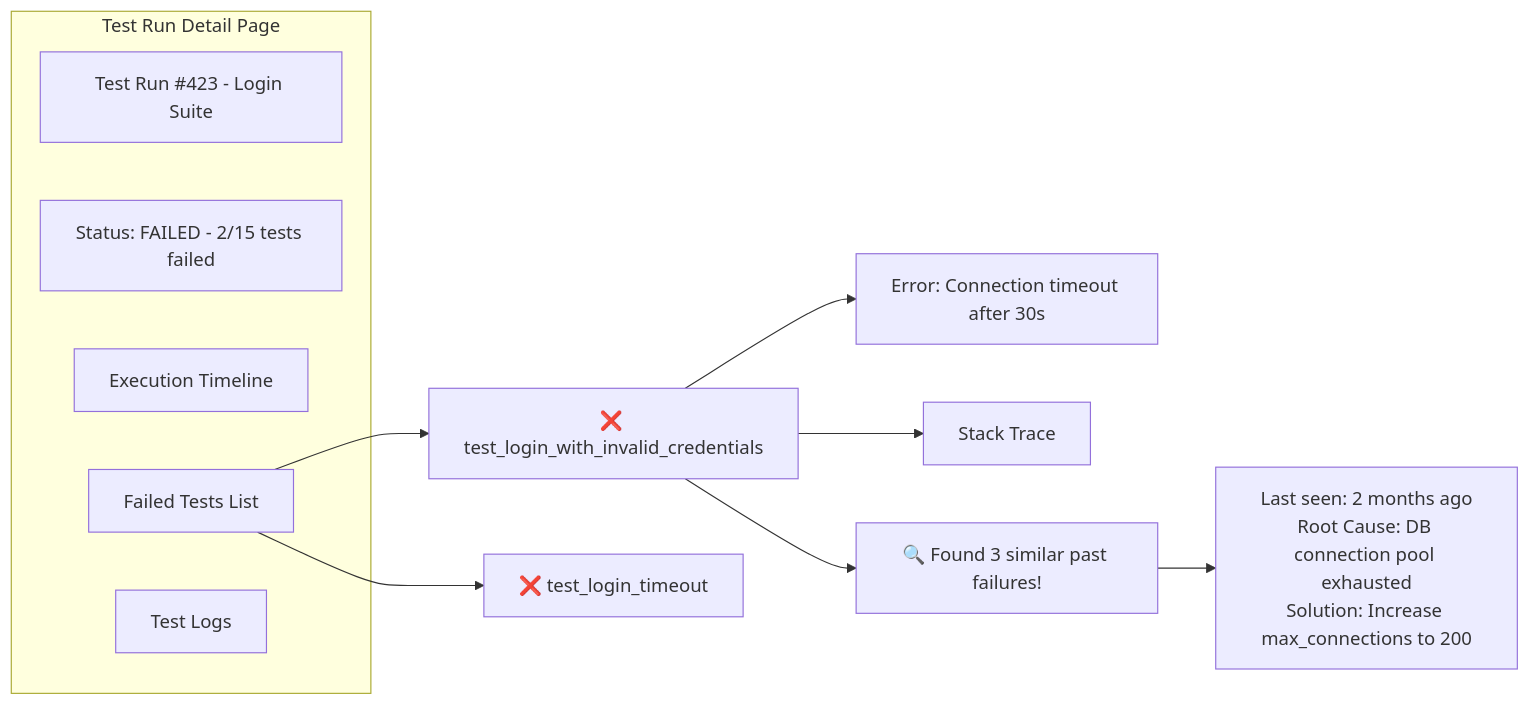
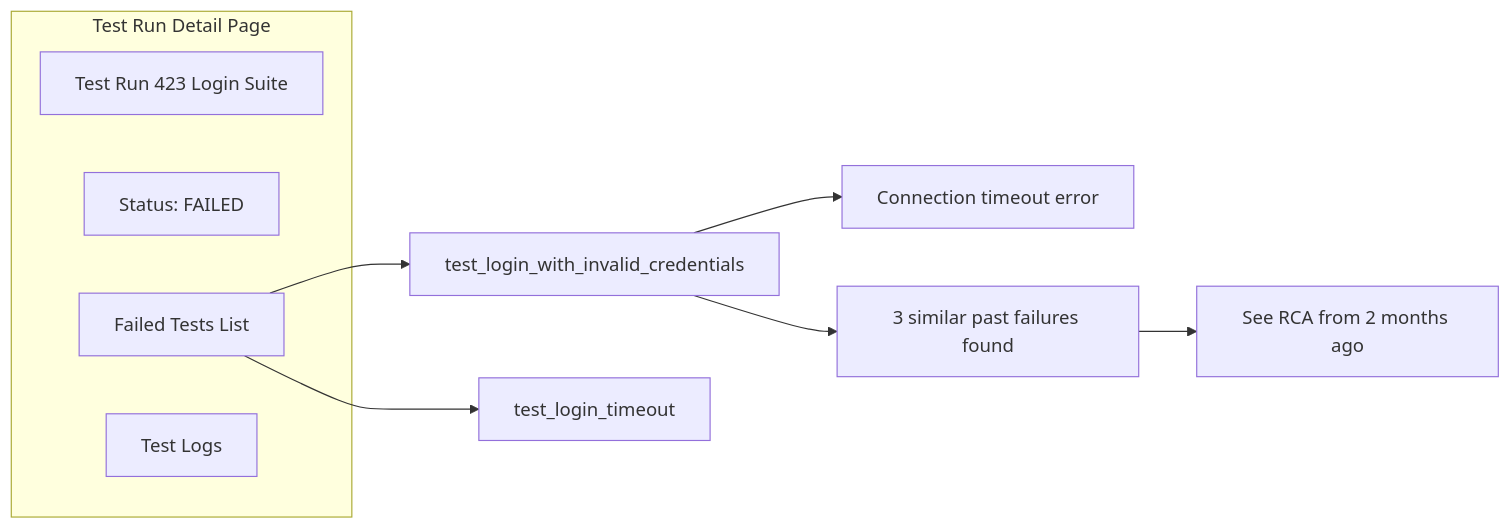
Before and after one commit to rayalon1984/testops-copilot: the second of 12 diagrams in DEMO.md, drawn with Mermaid. The commit also changed other lines of this file and 4 other files, not shown here.

````diff
--- a/DEMO.md
+++ b/DEMO.md
@@ -44,19 +44,15 @@
 ```mermaid
 graph LR
     subgraph TestRunPage["Test Run Detail Page"]
-        Header[Test Run #423 - Login Suite]
-        Status[Status: FAILED - 2/15 tests failed]
-        Timeline[Execution Timeline]
+        Header[Test Run 423 Login Suite]
+        Status[Status: FAILED]
         FailedTests[Failed Tests List]
         Logs[Test Logs]
     end
 
-    FailedTests --> Test1[❌ test_login_with_invalid_credentials]
-    FailedTests --> Test2[❌ test_login_timeout]
-
-    Test1 --> Error1[Error: Connection timeout after 30s]
-    Test1 --> Stack1[Stack Trace]
-    Test1 --> SimilarAlert[🔍 Found 3 similar past failures!]
-
-    SimilarAlert --> PastFix[Last seen: 2 months ago<br/>Root Cause: DB connection pool exhausted<br/>Solution: Increase max_connections to 200]
+    FailedTests --> Test1[test_login_with_invalid_credentials]
+    FailedTests --> Test2[test_login_timeout]
+    Test1 --> Error1[Connection timeout error]
+    Test1 --> SimilarAlert[3 similar past failures found]
+    SimilarAlert --> PastFix[See RCA from 2 months ago]
 ```
````
